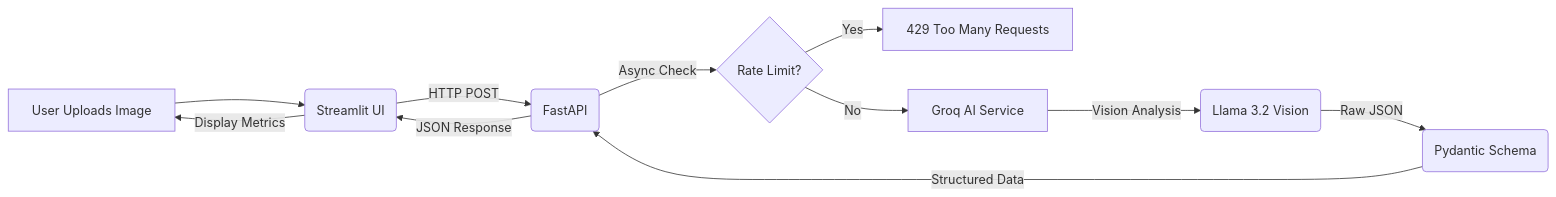
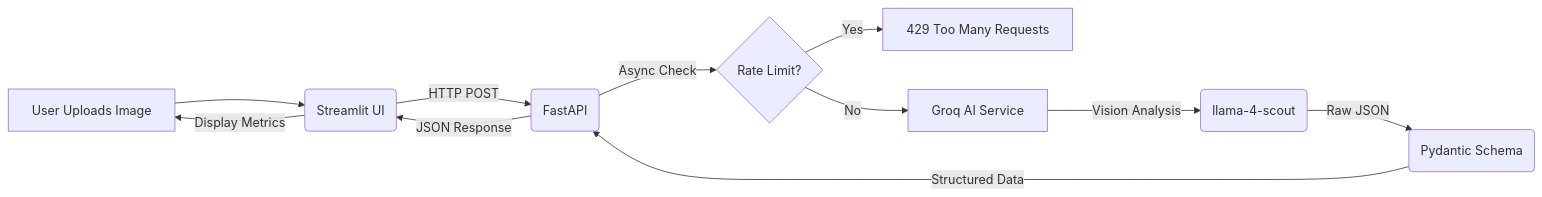
The diagram in README.md (Aman00240/RECEIPT-PARSER), drawn with Mermaid before and after one commit.

````diff
--- a/README.md
+++ b/README.md
@@ -72,13 +72,13 @@
 ```mermaid
 graph LR
     User[User Uploads Image] --> Frontend(Streamlit UI)
     Frontend -- HTTP POST --> Backend(FastAPI)
     Backend -- Async Check --> Limiter{Rate Limit?}
     Limiter -- Yes --> Error[429 Too Many Requests]
     Limiter -- No --> AI_Service[Groq AI Service]
-    AI_Service -- Vision Analysis --> LLM(Llama 3.2 Vision)
+    AI_Service -- Vision Analysis --> LLM(llama-4-scout)
     LLM -- Raw JSON --> Validator(Pydantic Schema)
     Validator -- Structured Data --> Backend
     Backend -- JSON Response --> Frontend
     Frontend -- Display Metrics --> User
 ```
````
